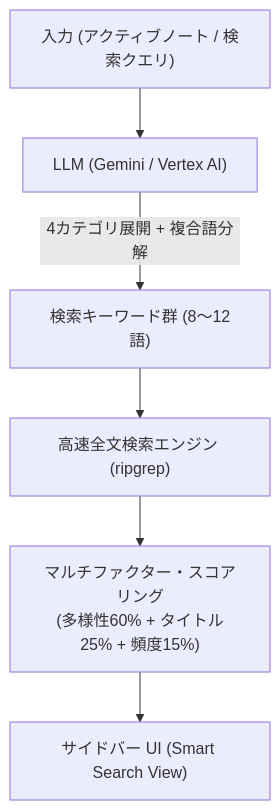
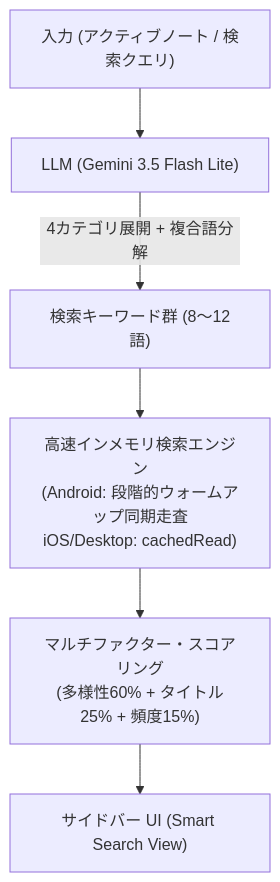
The diagram in obsidian-smart-search/README.md (snaga/obsidian-plugins), drawn with Mermaid before and after one commit. The commit also changed other lines of this file and 2 other files, not shown here.

Commit message:
feat(smeart-search): Add cache warm-up at startup for Android

````diff
--- a/obsidian-smart-search/README.md
+++ b/obsidian-smart-search/README.md
@@ -98,8 +99,8 @@
 ```mermaid
 graph TD
-    A["入力 (アクティブノート / 検索クエリ)"] --> B["LLM (Gemini / Vertex AI)"]
+    A["入力 (アクティブノート / 検索クエリ)"] --> B["LLM (Gemini 3.5 Flash Lite)"]
     B -->|"4カテゴリ展開 + 複合語分解"| C["検索キーワード群 (8〜12語)"]
-    C --> D["高速全文検索エンジン (ripgrep)"]
+    C --> D["高速インメモリ検索エンジン<br>(Android: 段階的ウォームアップ同期走査<br>iOS/Desktop: cachedRead)"]
     D --> E["マルチファクター・スコアリング<br>(多様性60% + タイトル25% + 頻度15%)"]
     E --> F["サイドバー UI (Smart Search View)"]
 ```
````
